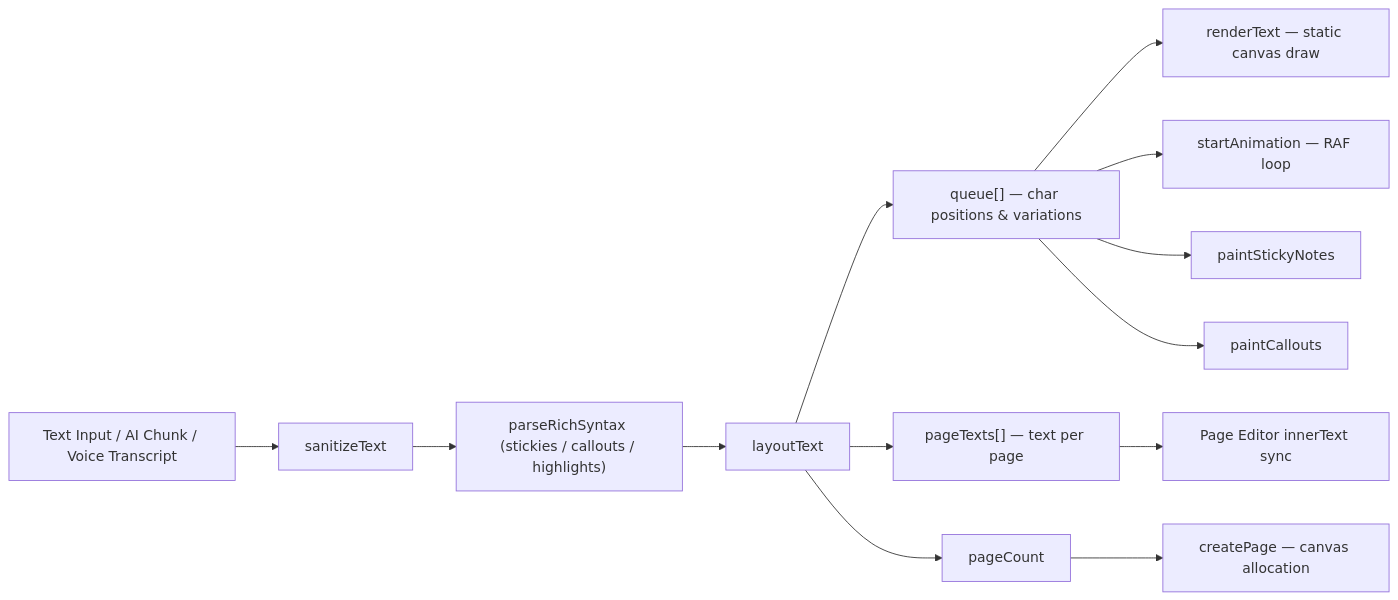
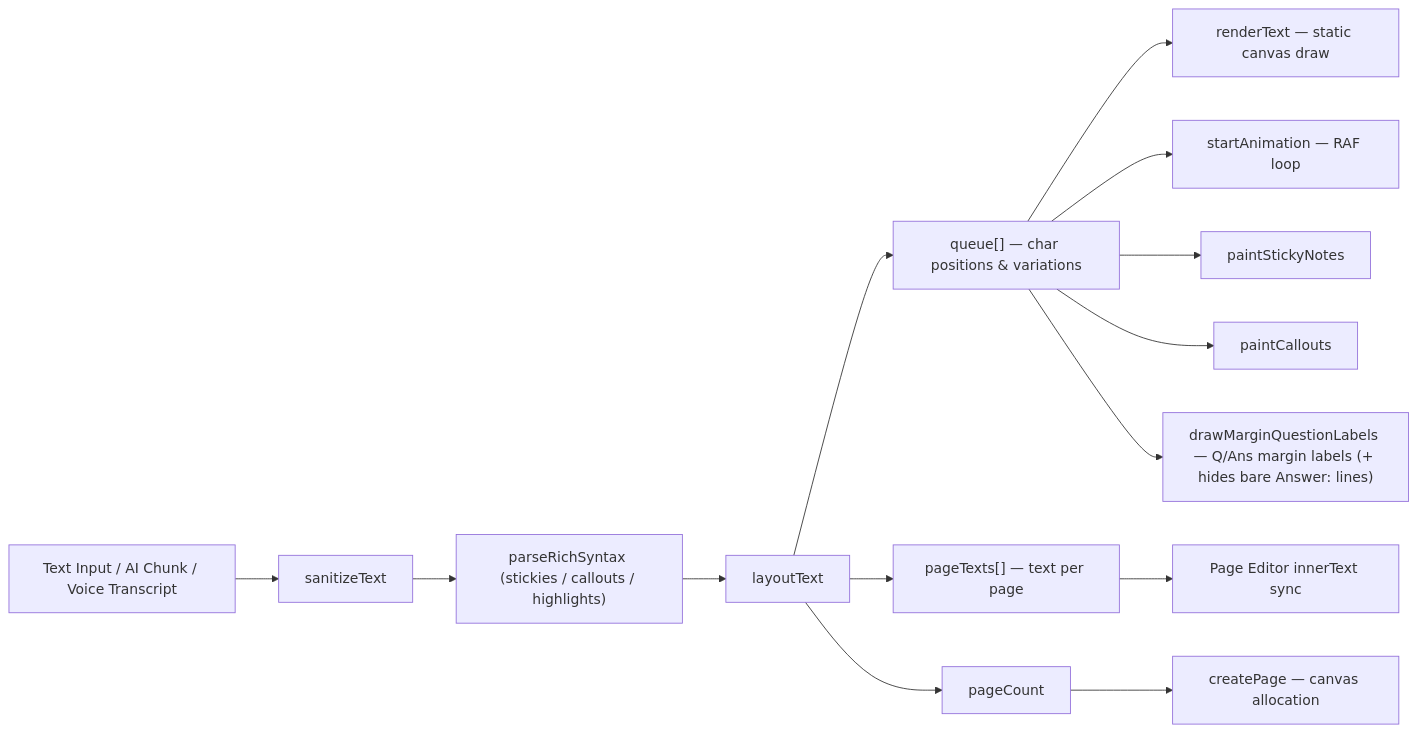
The second of 2 diagrams in docs/system-architecture.md (VIPHACKER100/Inkflow), drawn with Mermaid before and after one commit. The commit also changed other lines of this file and 19 other files, not shown here.

````diff
--- a/docs/system-architecture.md
+++ b/docs/system-architecture.md
@@ -110,16 +110,17 @@
 ```mermaid
 graph LR
     INPUT["Text Input / AI Chunk / Voice Transcript"] --> SANITIZE["sanitizeText"]
     SANITIZE --> RICH["parseRichSyntax (stickies / callouts / highlights)"]
     RICH --> LAYOUT["layoutText"]
     LAYOUT --> QUEUE["queue[] — char positions & variations"]
     LAYOUT --> PAGETEXTS["pageTexts[] — text per page"]
     LAYOUT --> PAGECOUNT["pageCount"]
 
     QUEUE --> STATIC["renderText — static canvas draw"]
     QUEUE --> ANIM["startAnimation — RAF loop"]
     QUEUE --> STICKY["paintStickyNotes"]
     QUEUE --> CALLOUT["paintCallouts"]
+    QUEUE --> LABELS["drawMarginQuestionLabels — Q/Ans margin labels (+ hides bare Answer: lines)"]
     PAGETEXTS --> EDITORS["Page Editor innerText sync"]
     PAGECOUNT --> PAGES["createPage — canvas allocation"]
 ```
````
